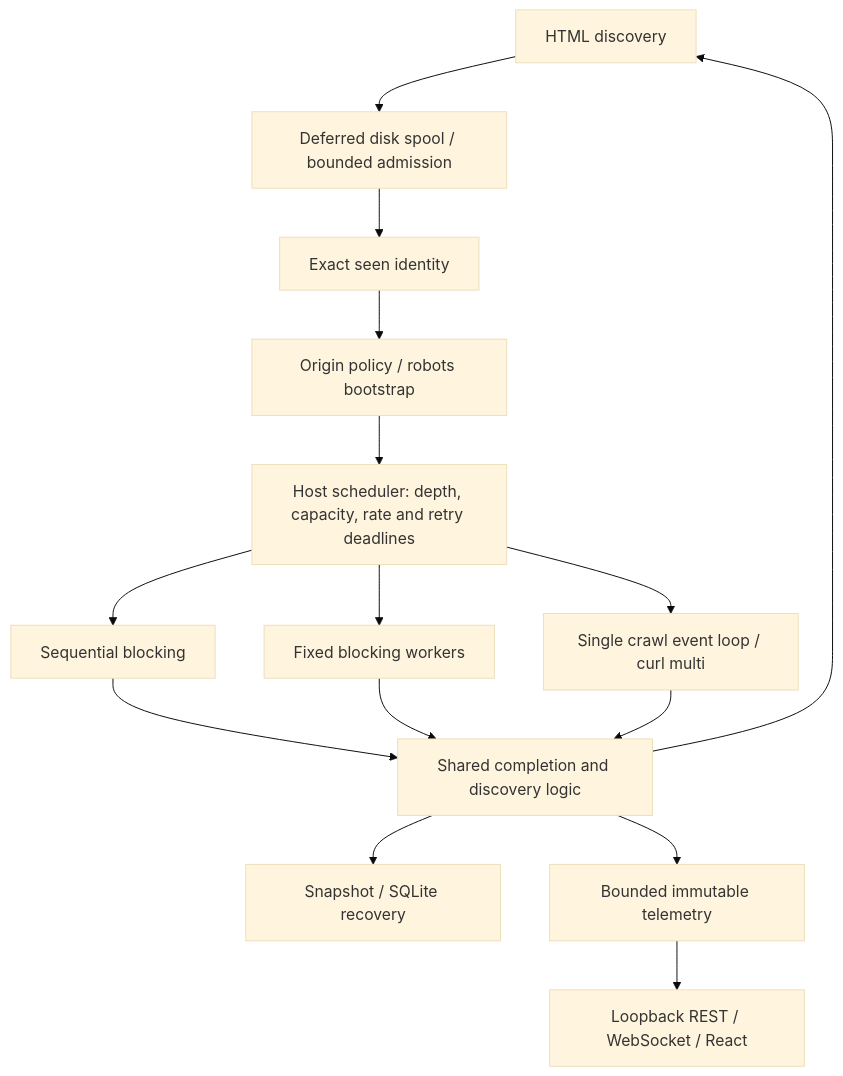
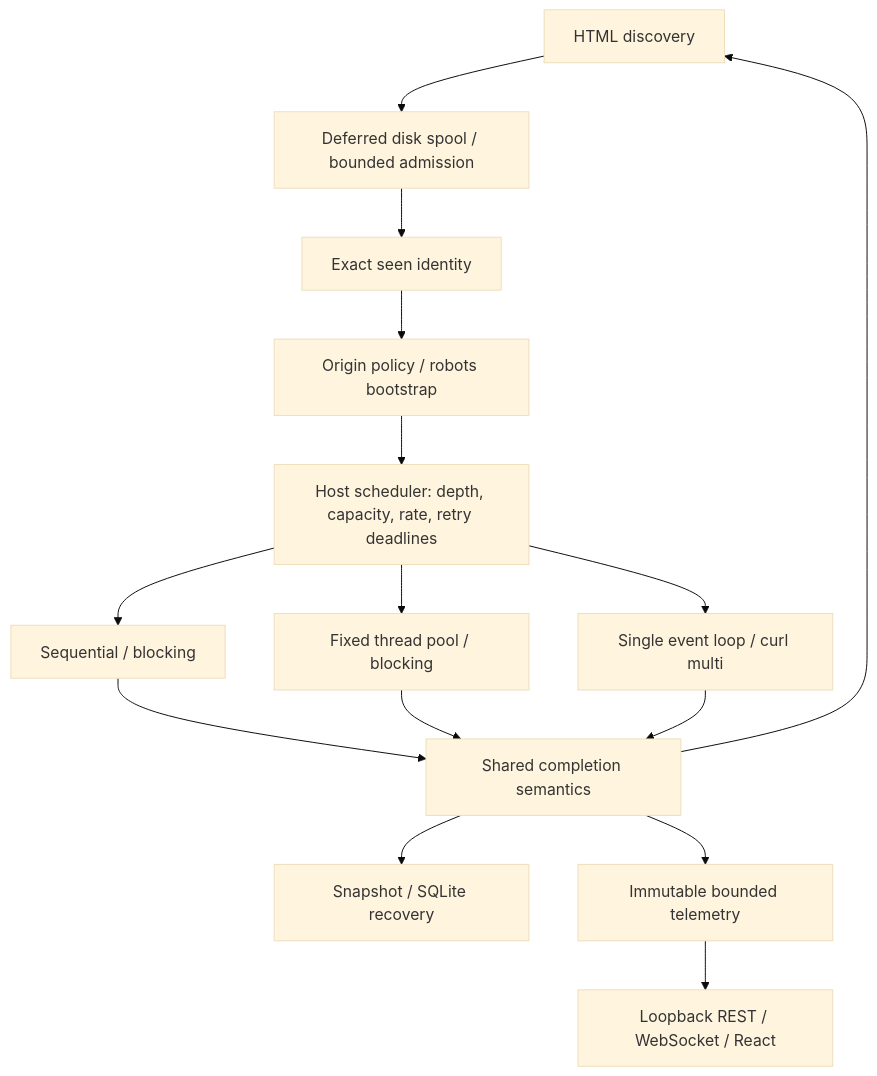
The diagram in README.md (bhumi6633/flux-crawl), drawn with Mermaid (base theme) before and after one commit. The commit also changed other lines of this file, not shown here.

Commit message:
docs: frame FluxCrawl around concurrency architecture and measured tradeoffs

````diff
--- a/README.md
+++ b/README.md
@@ -79,17 +13,17 @@
 ```mermaid
 flowchart TD
     H[HTML discovery] --> D[Deferred disk spool / bounded admission]
     D --> E[Exact seen identity]
     E --> P[Origin policy / robots bootstrap]
-    P --> S[Host scheduler: depth, capacity, rate and retry deadlines]
-    S --> Q[Sequential blocking]
-    S --> T[Fixed blocking workers]
-    S --> A[Single crawl event loop / curl multi]
-    Q --> C[Shared completion and discovery logic]
+    P --> S[Host scheduler: depth, capacity, rate, retry deadlines]
+    S --> Q[Sequential / blocking]
+    S --> T[Fixed thread pool / blocking]
+    S --> A[Single event loop / curl multi]
+    Q --> C[Shared completion semantics]
     T --> C
     A --> C
     C --> H
     C --> R[Snapshot / SQLite recovery]
-    C --> M[Bounded immutable telemetry]
+    C --> M[Immutable bounded telemetry]
     M --> W[Loopback REST / WebSocket / React]
 ```
````
